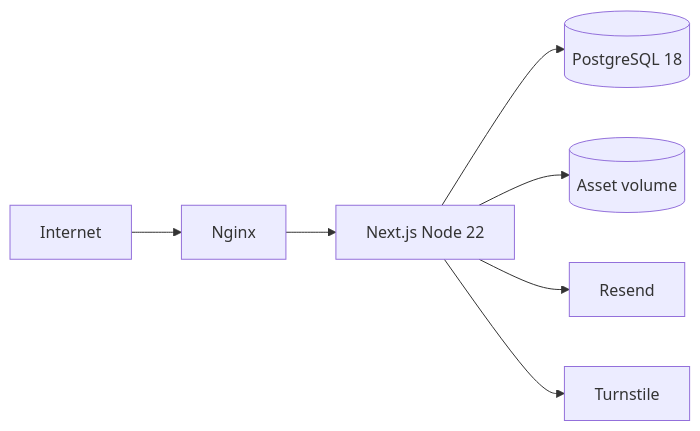
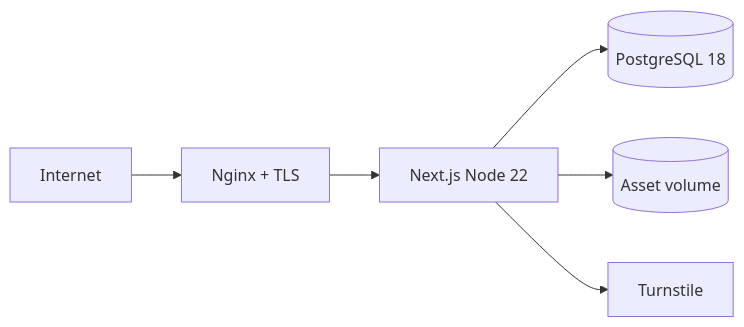
The fourth of 5 diagrams in tasks/plan.md (farreladelm/kamukamiundang), drawn with Mermaid before and after one commit. The commit also changed other lines of this file and 3 other files, not shown here.

````diff
--- a/tasks/plan.md
+++ b/tasks/plan.md
@@ -238,9 +300,8 @@
 ```mermaid
 flowchart LR
-  Internet --> Nginx
+  Internet --> Nginx[Nginx + TLS]
   Nginx --> App[Next.js Node 22]
   App --> Postgres[(PostgreSQL 18)]
   App --> Volume[(Asset volume)]
-  App --> Resend
   App --> Turnstile
 ```
````
